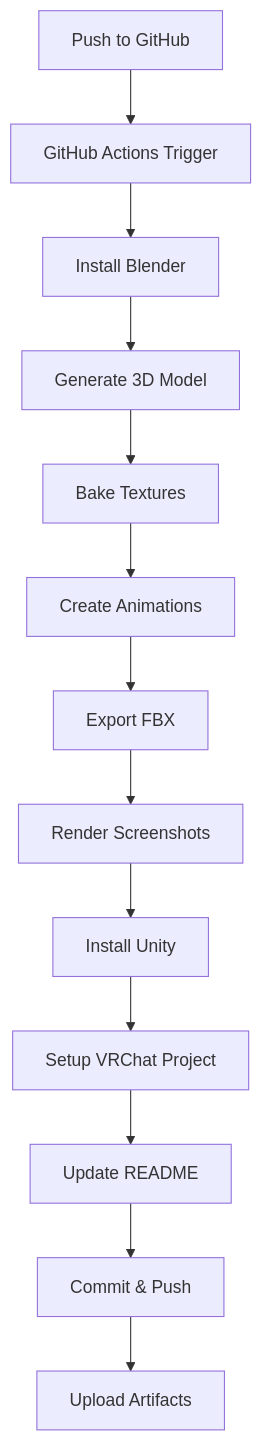
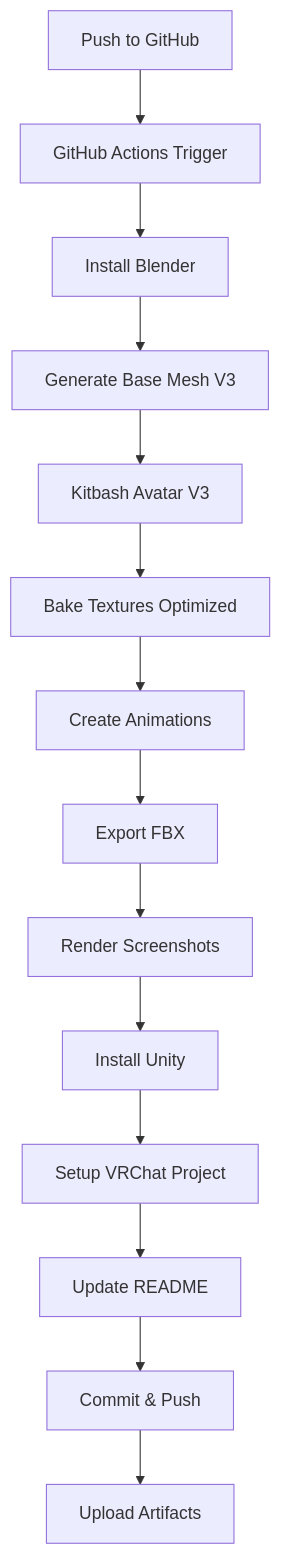
One commit to jakubkrzysztofsikora/Vrchat-avatar changed the diagram in README.md. Above: the diagram before and after it, drawn with Mermaid. The commit also changed other lines of this file and 5 other files, not shown here.

First line of the commit message:
🏗️ V3 Architecture Refactor: Base Mesh + Kitbashing

````diff
--- a/README.md
+++ b/README.md
@@ -203,15 +214,16 @@
 ```mermaid
 graph TD
     A[Push to GitHub] --> B[GitHub Actions Trigger]
     B --> C[Install Blender]
-    C --> D[Generate 3D Model]
-    D --> E[Bake Textures]
-    E --> F[Create Animations]
-    F --> G[Export FBX]
-    G --> H[Render Screenshots]
-    H --> I[Install Unity]
-    I --> J[Setup VRChat Project]
-    J --> K[Update README]
-    K --> L[Commit & Push]
-    L --> M[Upload Artifacts]
+    C --> D[Generate Base Mesh V3]
+    D --> E[Kitbash Avatar V3]
+    E --> F[Bake Textures Optimized]
+    F --> G[Create Animations]
+    G --> H[Export FBX]
+    H --> I[Render Screenshots]
+    I --> J[Install Unity]
+    J --> K[Setup VRChat Project]
+    K --> L[Update README]
+    L --> M[Commit & Push]
+    M --> N[Upload Artifacts]
 ```
````
